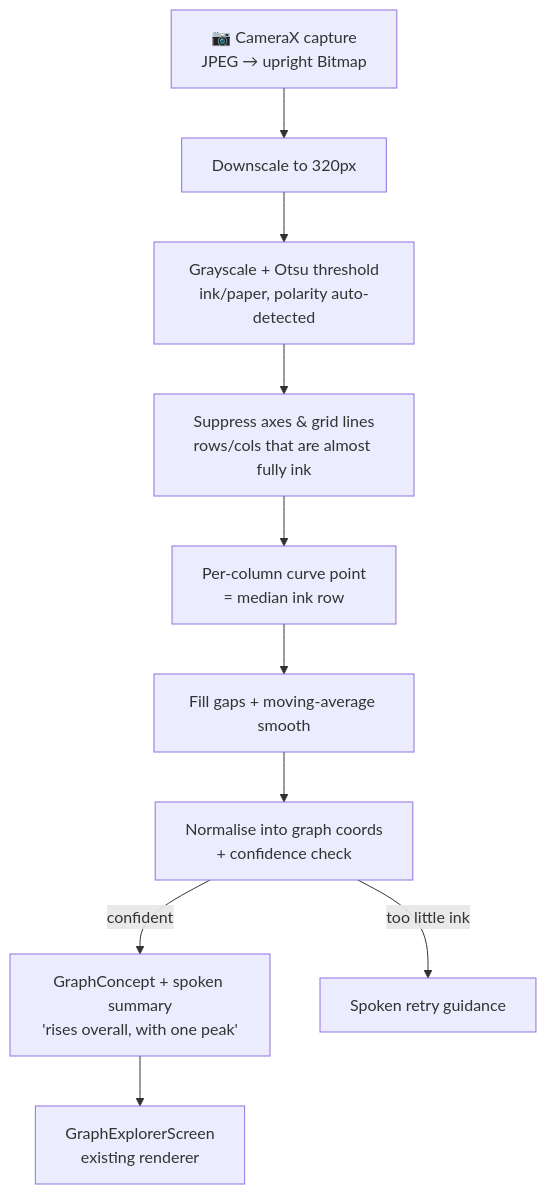
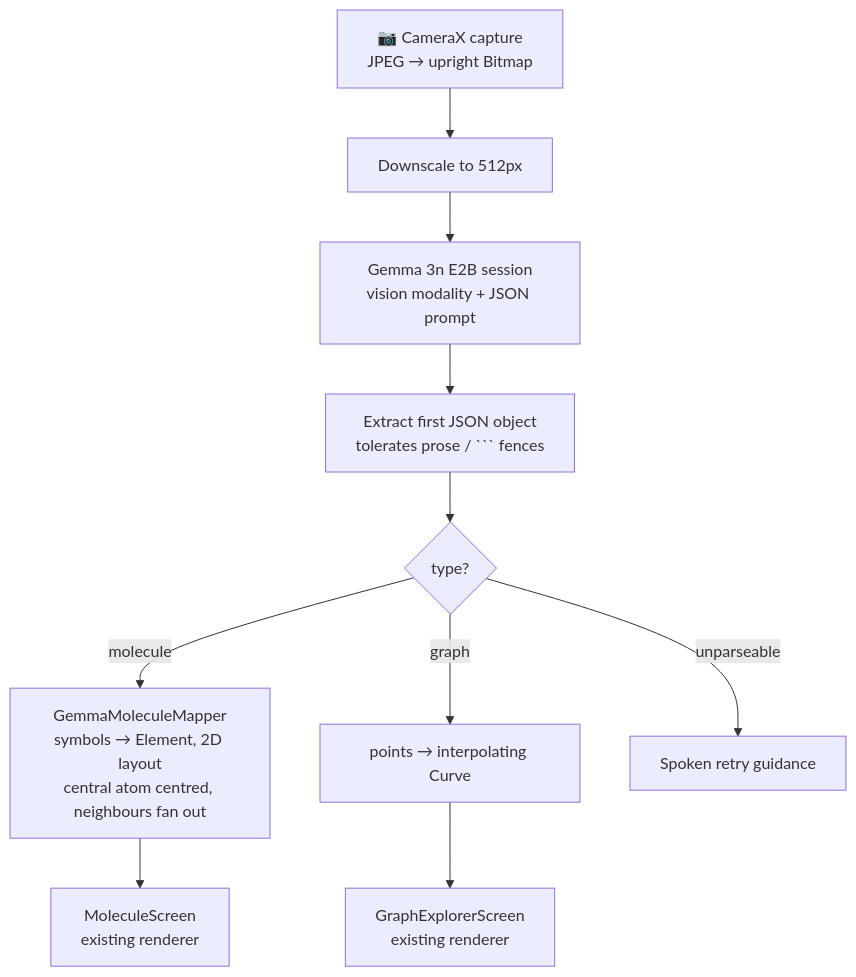
Before and after one commit to SHYAMSUNDAR2396/DrishtiSTEM: the sixth of 6 diagrams in README.md, drawn with Mermaid. The commit also changed other lines of this file and 14 other files, not shown here.

First line of the commit message:
Phase 1.6: Gemma 3n multimodal scanner (photo -> molecule/graph)

````diff
--- a/README.md
+++ b/README.md
@@ -152,12 +154,12 @@
 ```mermaid
 flowchart TD
-    CAP[📷 CameraX capture<br/>JPEG → upright Bitmap] --> DS[Downscale to 320px]
-    DS --> GRAY[Grayscale + Otsu threshold<br/>ink/paper, polarity auto-detected]
-    GRAY --> SUP[Suppress axes & grid lines<br/>rows/cols that are almost fully ink]
-    SUP --> COL[Per-column curve point<br/>= median ink row]
-    COL --> FILL[Fill gaps + moving-average smooth]
-    FILL --> NORM[Normalise into graph coords<br/>+ confidence check]
-    NORM -->|confident| CONCEPT[GraphConcept + spoken summary<br/>'rises overall, with one peak']
-    NORM -->|too little ink| RETRY[Spoken retry guidance]
-    CONCEPT --> EXPLORER[GraphExplorerScreen<br/>existing renderer]
+    CAP[📷 CameraX capture<br/>JPEG → upright Bitmap] --> DS[Downscale to 512px]
+    DS --> GEMMA[Gemma 3n E2B session<br/>vision modality + JSON prompt]
+    GEMMA --> JSON[Extract first JSON object<br/>tolerates prose / ``` fences]
+    JSON --> TYPE{type?}
+    TYPE -- molecule --> MOL[GemmaMoleculeMapper<br/>symbols → Element, 2D layout<br/>central atom centred, neighbours fan out]
+    TYPE -- graph --> GR[points → interpolating Curve]
+    TYPE -- unparseable --> RETRY[Spoken retry guidance]
+    MOL --> MS[MoleculeScreen<br/>existing renderer]
+    GR --> GE[GraphExplorerScreen<br/>existing renderer]
 ```
````
